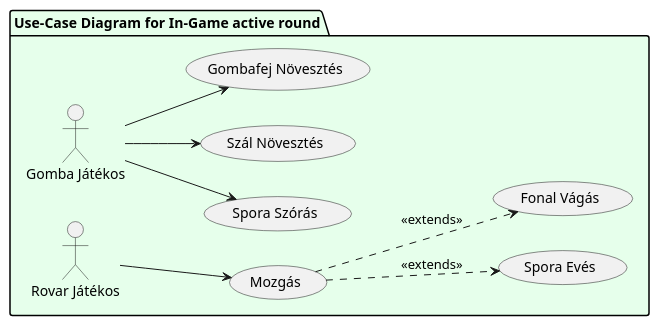
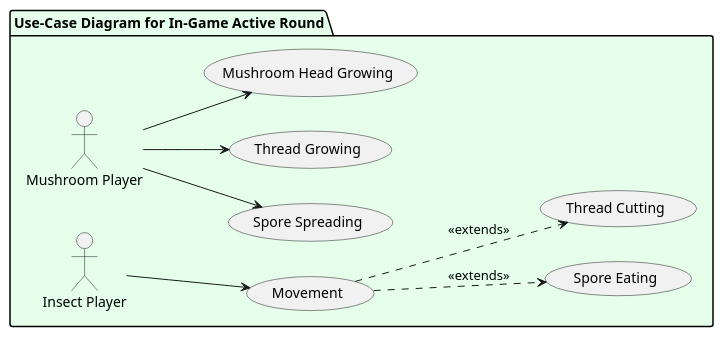
The diagram in diagrams/diagramFiles/UC_IngameActiveRound.puml (Harcipan/Projlab_nullpointerexception), drawn with PlantUML before and after one commit. The commit also changed 1 other file, not shown here.

Commit message:
fixed plantuml mistakees

```diff
--- a/diagrams/diagramFiles/UC_IngameActiveRound.puml
+++ b/diagrams/diagramFiles/UC_IngameActiveRound.puml
@@ -1,28 +1,28 @@
 @startuml UC_IngameActiveRound
 
-package "Use-Case Diagram for In-Game active round" #E6FFEB {
+package "Use-Case Diagram for In-Game Active Round" #E6FFEB {
 
     left to right direction
 
-    actor GombaJatekos as "Gomba Játékos"
+    actor MushroomPlayer as "Mushroom Player"
 
-    (SporaSzoras) as "Spora Szórás"
-    (szalNovesztes) as "Szál Növesztés"
-    (gombafejNovesztes) as "Gombafej Növesztés"
+    (SporeSpreading) as "Spore Spreading"
+    (ThreadGrowing) as "Thread Growing"
+    (MushroomHeadGrowing) as "Mushroom Head Growing"
 
-    GombaJatekos --> (SporaSzoras)
-    GombaJatekos --> (szalNovesztes)
-    GombaJatekos --> (gombafejNovesztes)
+    MushroomPlayer --> (SporeSpreading)
+    MushroomPlayer --> (ThreadGrowing)
+    MushroomPlayer --> (MushroomHeadGrowing)
 
-    actor RovarJatekos as "Rovar Játékos"
+    actor InsectPlayer as "Insect Player"
 
-    (Mozgas) as "Mozgás"
-    (SporaEves) as "Spora Evés"
-    (FonalVagas) as "Fonal Vágás"
+    (Movement) as "Movement"
+    (SporeEating) as "Spore Eating"
+    (ThreadCutting) as "Thread Cutting"
 
-    RovarJatekos --> (Mozgas)
-    Mozgas ..> (FonalVagas) : <<extends>>
-    Mozgas ..> (SporaEves) : <<extends>>
+    InsectPlayer --> (Movement)
+    Movement ..> (ThreadCutting) : <<extends>>
+    Movement ..> (SporeEating) : <<extends>>
 }
 
 @enduml
```
